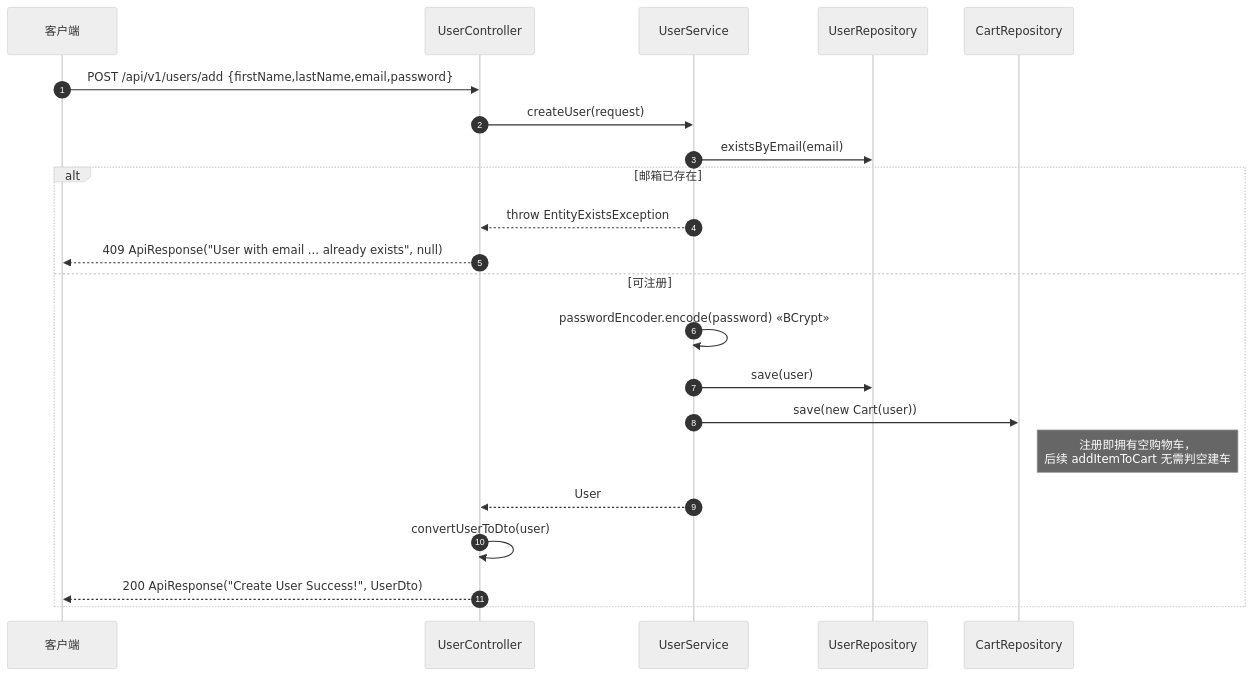
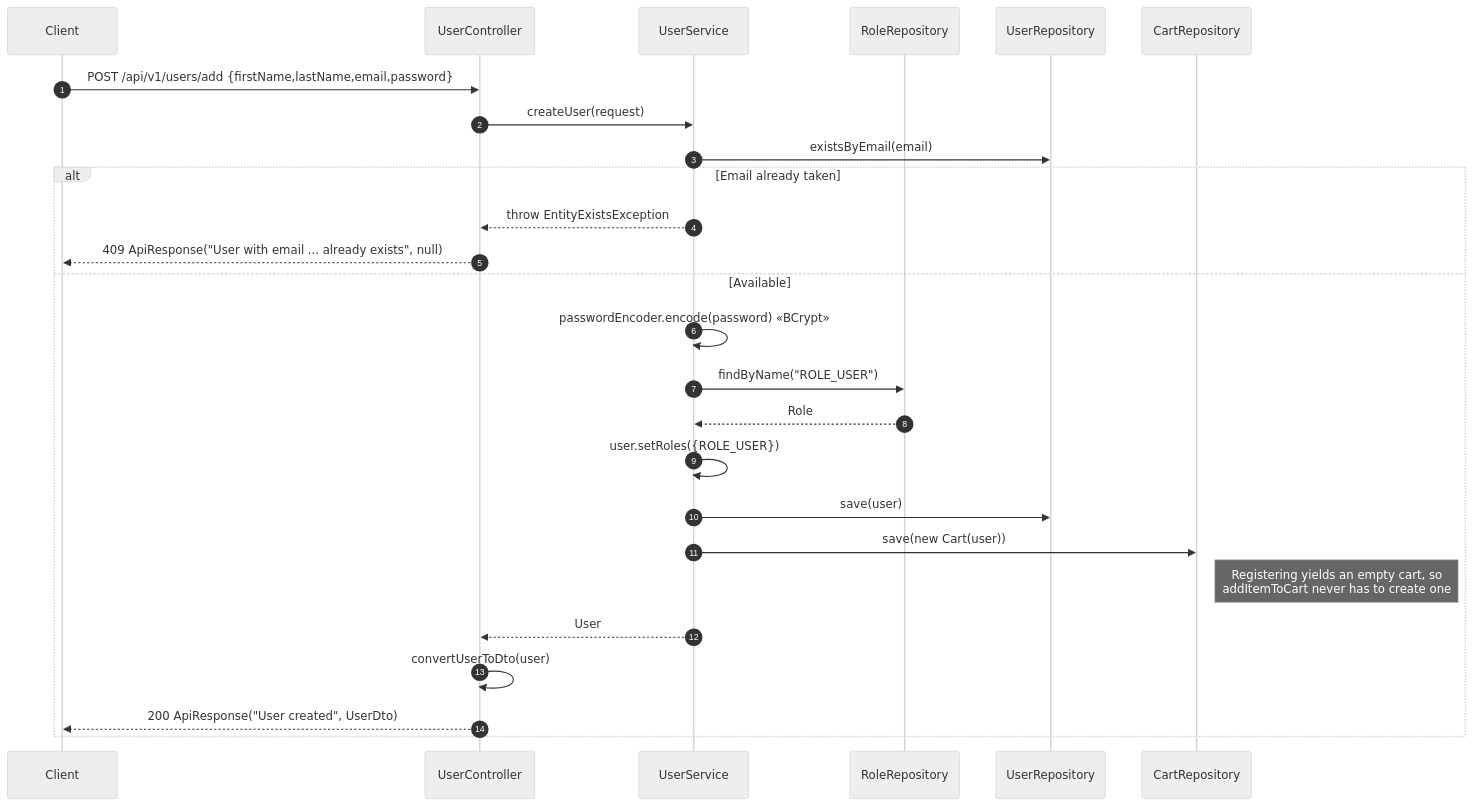
Before and after one commit to Chuan-Qiu/buynowdotcom: diagram 22 of 24 in DESIGN.md, drawn with Mermaid (neutral theme). The commit also changed other lines of this file and 26 other files, not shown here.

````diff
--- a/DESIGN.md
+++ b/DESIGN.md
@@ -1292,25 +1373,29 @@
 ```mermaid
 sequenceDiagram
     autonumber
-    participant FE as 客户端
+    participant FE as Client
     participant UC as UserController
     participant US as UserService
+    participant RR as RoleRepository
     participant UR as UserRepository
     participant CR as CartRepository
 
     FE->>UC: POST /api/v1/users/add {firstName,lastName,email,password}
     UC->>US: createUser(request)
     US->>UR: existsByEmail(email)
-    alt 邮箱已存在
+    alt Email already taken
         US-->>UC: throw EntityExistsException
         UC-->>FE: 409 ApiResponse("User with email ... already exists", null)
-    else 可注册
+    else Available
         US->>US: passwordEncoder.encode(password) «BCrypt»
+        US->>RR: findByName("ROLE_USER")
+        RR-->>US: Role
+        US->>US: user.setRoles({ROLE_USER})
         US->>UR: save(user)
         US->>CR: save(new Cart(user))
-        Note right of CR: 注册即拥有空购物车，<br/>后续 addItemToCart 无需判空建车
+        Note right of CR: Registering yields an empty cart, so<br/>addItemToCart never has to create one
         US-->>UC: User
         UC->>UC: convertUserToDto(user)
-        UC-->>FE: 200 ApiResponse("Create User Success!", UserDto)
+        UC-->>FE: 200 ApiResponse("User created", UserDto)
     end
 ```
````
